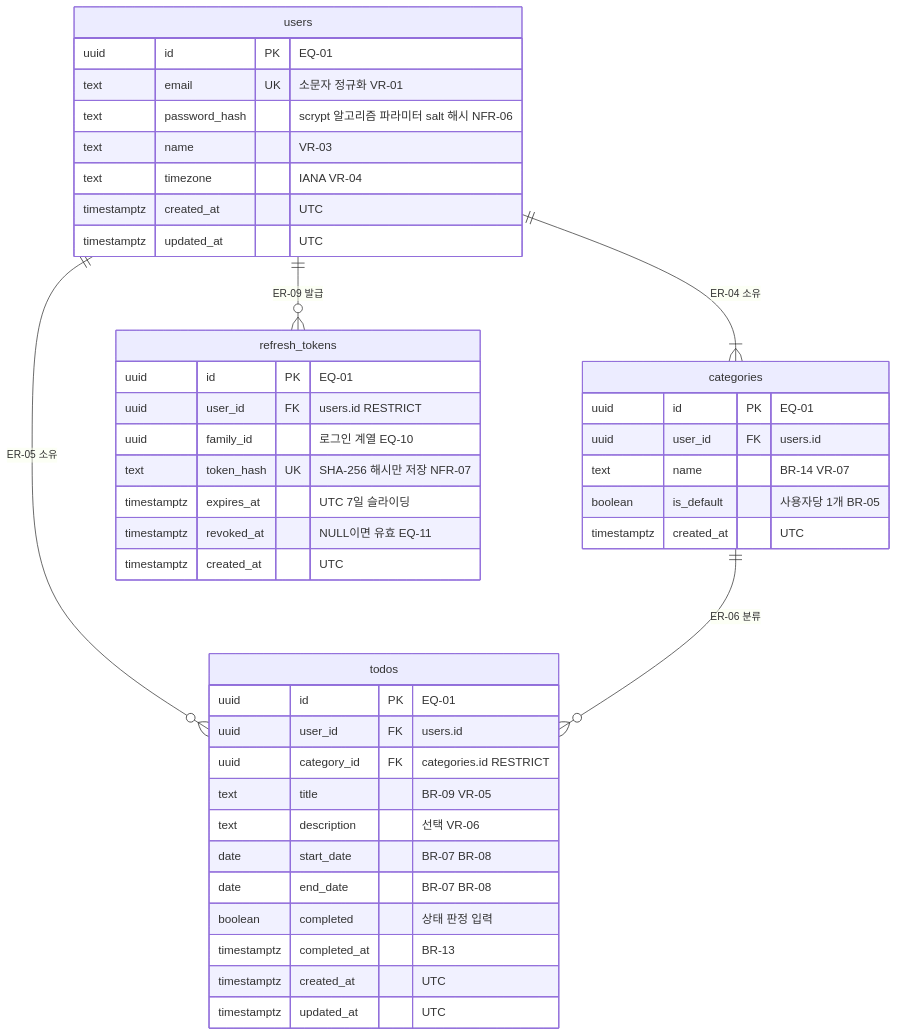
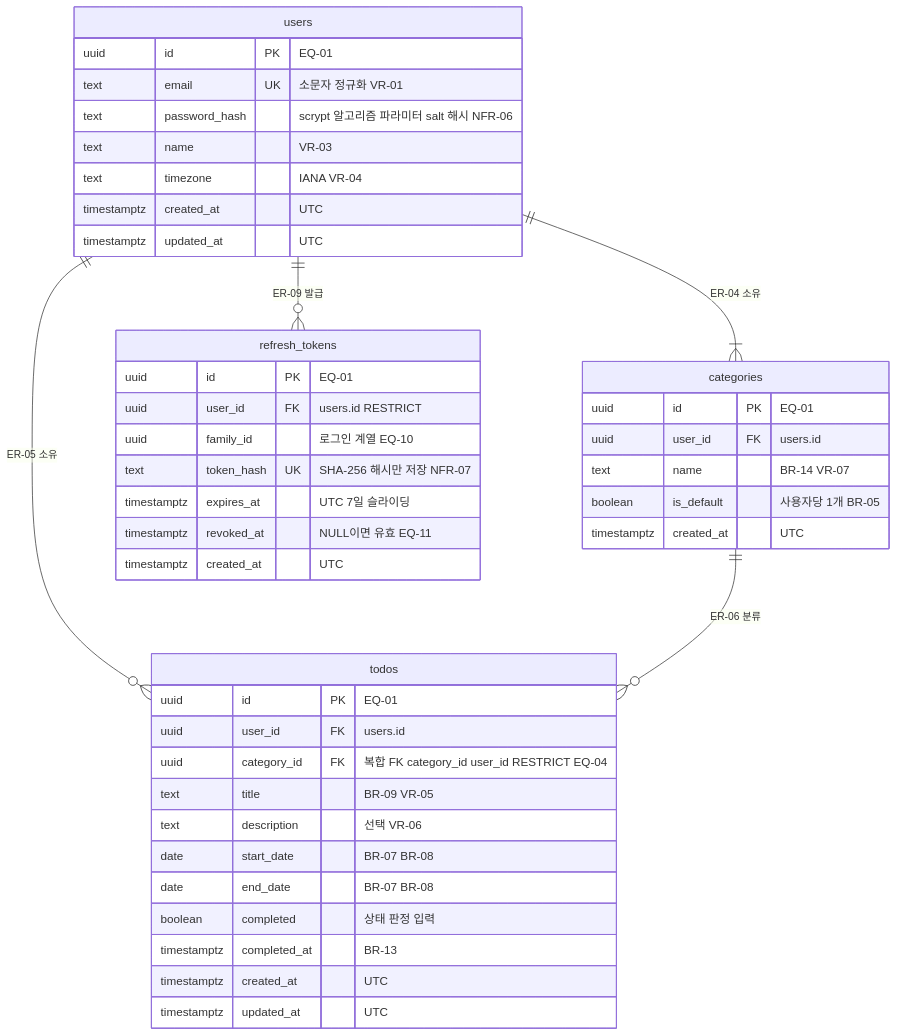
One commit to Palbok-Kim/todolist-app changed the diagram in docs/7-erd.md. Above: the diagram before and after it, drawn with Mermaid. The commit also changed other lines of this file and 42 other files, not shown here.

First line of the commit message:
refactor: CSRF 방어 제거, ERD·schema.sql 표기 일치화

````diff
--- a/docs/7-erd.md
+++ b/docs/7-erd.md
@@ -43,49 +45,49 @@
 ```mermaid
 erDiagram
     users ||--|{ categories : "ER-04 소유"
     users ||--o{ todos : "ER-05 소유"
     categories ||--o{ todos : "ER-06 분류"
     users ||--o{ refresh_tokens : "ER-09 발급"
 
     users {
         uuid id PK "EQ-01"
         text email UK "소문자 정규화 VR-01"
         text password_hash "scrypt 알고리즘 파라미터 salt 해시 NFR-06"
         text name "VR-03"
         text timezone "IANA VR-04"
         timestamptz created_at "UTC"
         timestamptz updated_at "UTC"
     }
 
     categories {
         uuid id PK "EQ-01"
         uuid user_id FK "users.id"
         text name "BR-14 VR-07"
         boolean is_default "사용자당 1개 BR-05"
         timestamptz created_at "UTC"
     }
 
     todos {
         uuid id PK "EQ-01"
         uuid user_id FK "users.id"
-        uuid category_id FK "categories.id RESTRICT"
+        uuid category_id FK "복합 FK category_id user_id RESTRICT EQ-04"
         text title "BR-09 VR-05"
         text description "선택 VR-06"
         date start_date "BR-07 BR-08"
         date end_date "BR-07 BR-08"
         boolean completed "상태 판정 입력"
         timestamptz completed_at "BR-13"
         timestamptz created_at "UTC"
         timestamptz updated_at "UTC"
     }
 
     refresh_tokens {
         uuid id PK "EQ-01"
         uuid user_id FK "users.id RESTRICT"
         uuid family_id "로그인 계열 EQ-10"
         text token_hash UK "SHA-256 해시만 저장 NFR-07"
         timestamptz expires_at "UTC 7일 슬라이딩"
         timestamptz revoked_at "NULL이면 유효 EQ-11"
         timestamptz created_at "UTC"
     }
 ```
````
